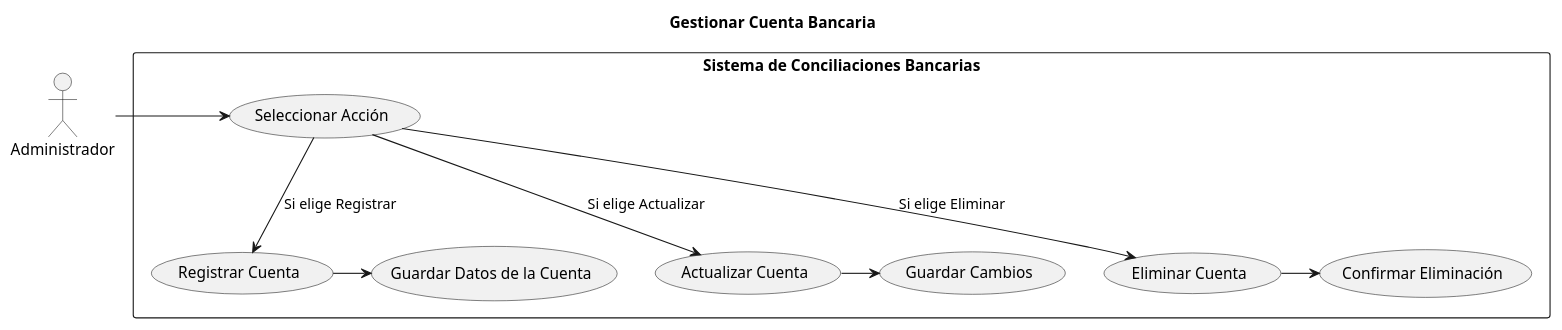
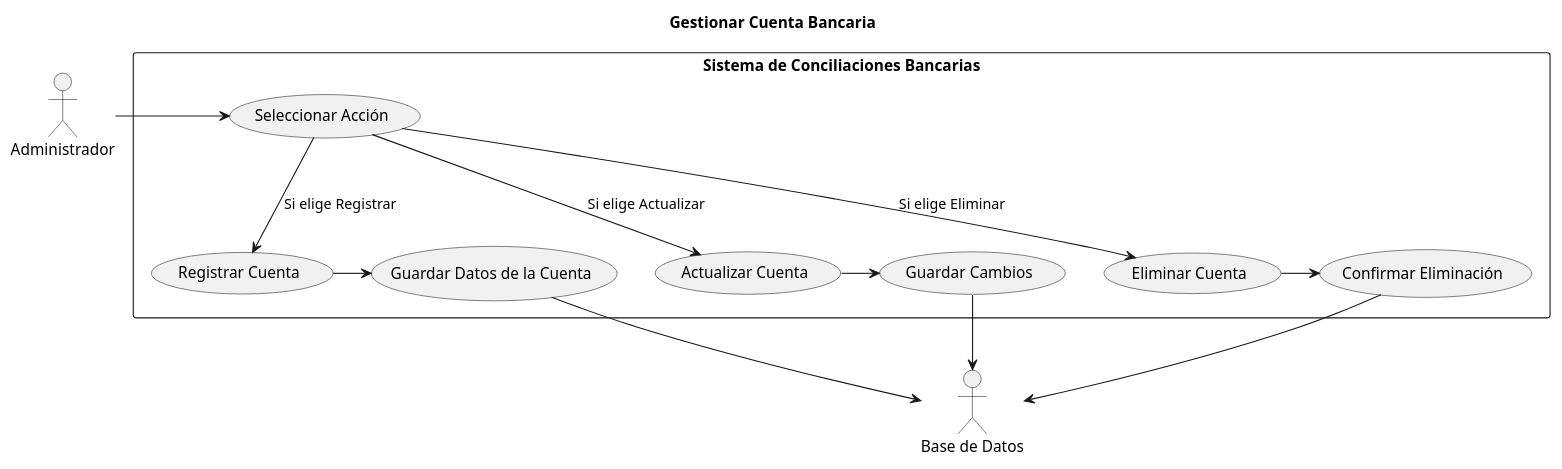
One commit to ricardouriegas/sistema-de-consilaciones-bancarias changed the diagram in GestionarCuentaBancaria.puml. Above: the diagram before and after it, drawn with PlantUML. The commit also changed 4 other files, not shown here.

```diff
--- a/GestionarCuentaBancaria.puml
+++ b/GestionarCuentaBancaria.puml
@@ -1,18 +1,23 @@
 @startuml GestionarCuentaBancaria
 title Gestionar Cuenta Bancaria
 
 actor Administrador as admin
+actor "Base de Datos" as bd
 
 rectangle "Sistema de Conciliaciones Bancarias" {
     admin -> (Seleccionar Acción)
 
     (Seleccionar Acción) --> (Registrar Cuenta) : Si elige Registrar
     (Seleccionar Acción) --> (Actualizar Cuenta) : Si elige Actualizar
     (Seleccionar Acción) --> (Eliminar Cuenta) : Si elige Eliminar
 
     (Registrar Cuenta) -> (Guardar Datos de la Cuenta)
     (Actualizar Cuenta) -> (Guardar Cambios)
     (Eliminar Cuenta) -> (Confirmar Eliminación)
+
+    (Guardar Datos de la Cuenta) --> bd
+    (Guardar Cambios) --> bd
+    (Confirmar Eliminación) --> bd
 }
 
 @enduml
```
